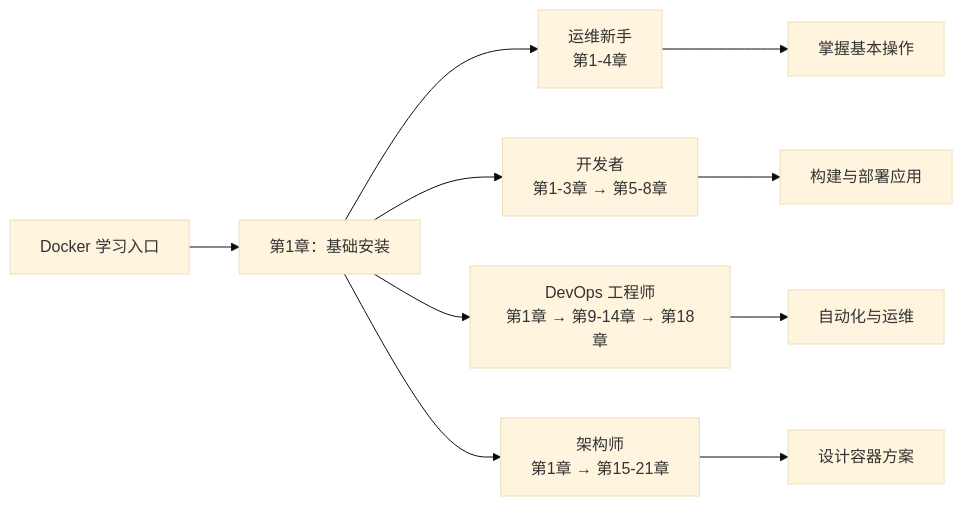
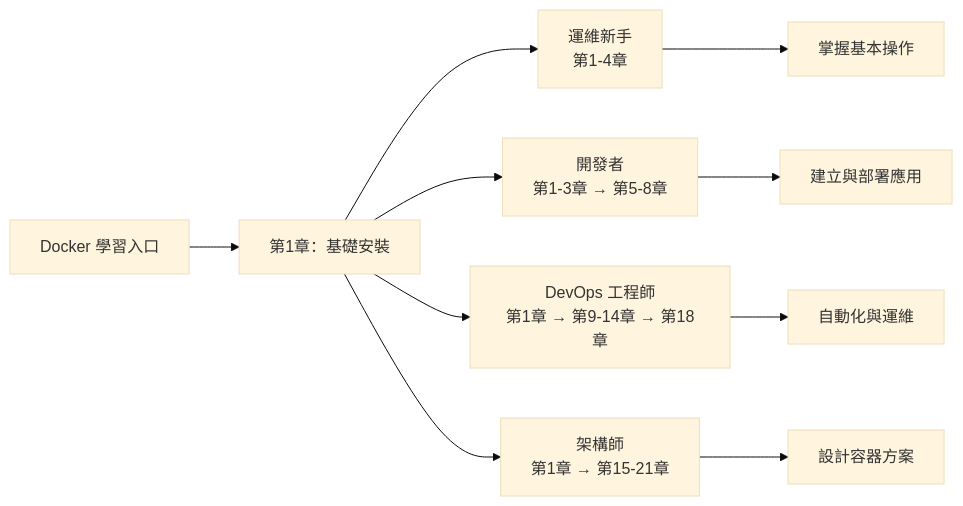
The diagram in README.md (doggy8088/docker_practice), drawn with Mermaid (base theme) before and after one commit. The commit also changed other lines of this file and 210 other files, not shown here.

````diff
--- a/README.md
+++ b/README.md
@@ -32,14 +32,14 @@
 ```mermaid
 graph LR
-    Start[Docker 学习入口] --> Ch1[第1章：基础安装]
+    Start[Docker 學習入口] --> Ch1[第1章：基礎安裝]
 
-    Ch1 --> Role1["运维新手<br/>第1-4章"]
-    Ch1 --> Role2["开发者<br/>第1-3章 → 第5-8章"]
-    Ch1 --> Role3["DevOps 工程师<br/>第1章 → 第9-14章 → 第18章"]
-    Ch1 --> Role4["架构师<br/>第1章 → 第15-21章"]
+    Ch1 --> Role1["運維新手<br/>第1-4章"]
+    Ch1 --> Role2["開發者<br/>第1-3章 → 第5-8章"]
+    Ch1 --> Role3["DevOps 工程師<br/>第1章 → 第9-14章 → 第18章"]
+    Ch1 --> Role4["架構師<br/>第1章 → 第15-21章"]
 
     Role1 --> End1["掌握基本操作"]
-    Role2 --> End2["构建与部署应用"]
-    Role3 --> End3["自动化与运维"]
-    Role4 --> End4["设计容器方案"]
+    Role2 --> End2["建立與部署應用"]
+    Role3 --> End3["自動化與運維"]
+    Role4 --> End4["設計容器方案"]
 ```
````
